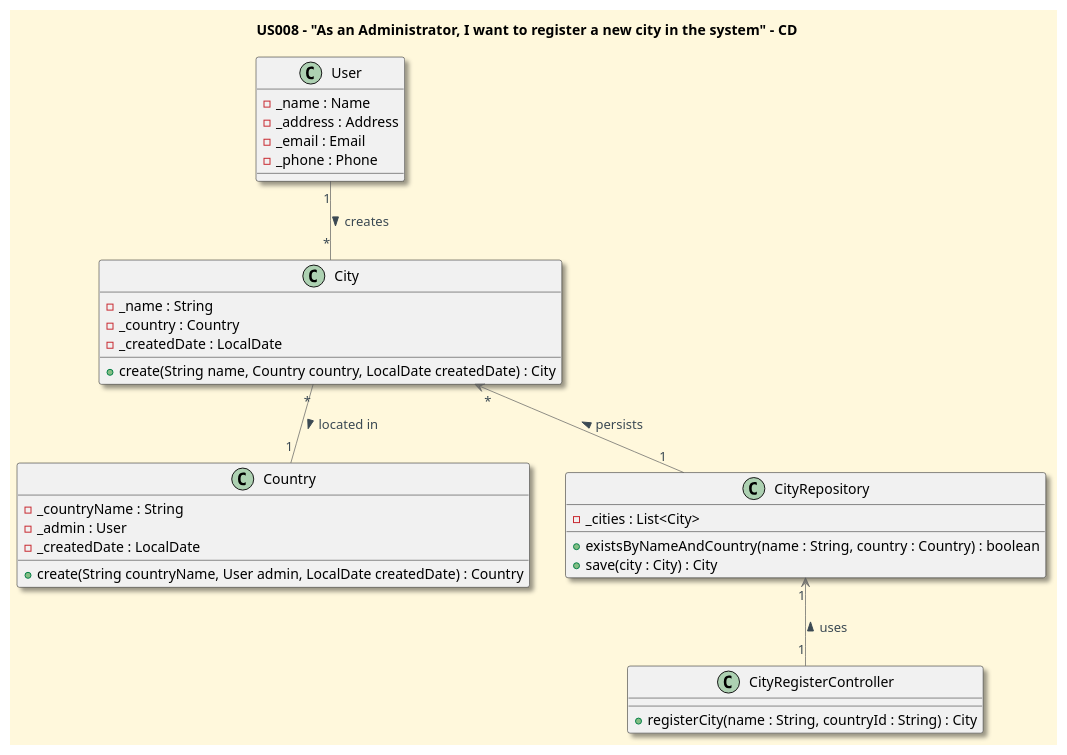
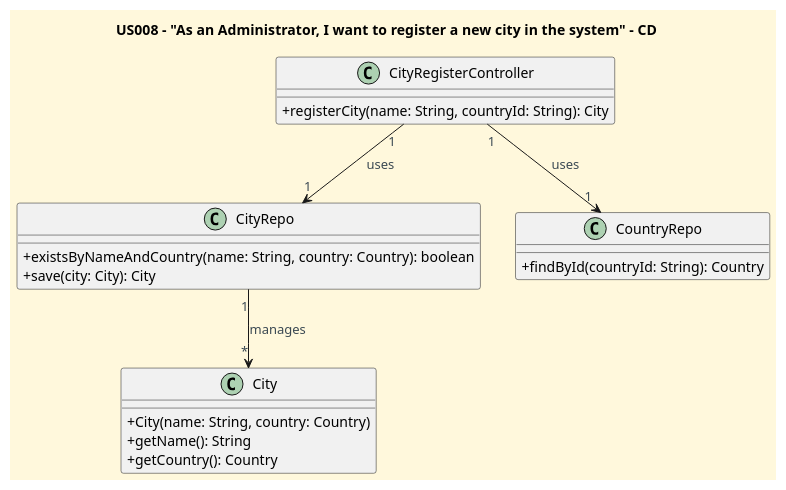
One commit to CarolinaLeite-collab/JavaMarketplacePlatform changed the diagram in docs/userStories/US008/US008_register_a_city_CD.puml. Above: the diagram before and after it, drawn with PlantUML. The commit also changed other lines of this file and 8 other files, not shown here.

```diff
--- a/docs/userStories/US008/US008_register_a_city_CD.puml
+++ b/docs/userStories/US008/US008_register_a_city_CD.puml
@@ -1,54 +1,38 @@
 @startuml
-'==== Title ====
-title US008 - "As an Administrator, I want to register a new city in the system" - CD
-top to bottom direction
+'https://plantuml.com/class-diagram
+title US008 – "As an Administrator, I want to register a new city in the system" – CD
 
 '==== basic style ====
 skinparam monochrome false
-skinparam shadowing true
+skinparam shadowing false
 skinparam defaultFontName Futura
 skinparam objectFontSize 20
 skinparam backgroundColor CornSilk
 skinparam objectBackgroundColor WhiteSmoke
 skinparam noteBackgroundColor #FFFFE0
 skinparam ArrowFontColor #3B4953
-skinparam ArrowColor #57595BAA
+skinparam classAttributeIconSize 0
 
-Class User {
-- _name : Name
-- _address : Address
-- _email : Email
-- _phone : Phone
+class City {
+  + City(name: String, country: Country)
+  + getName(): String
+  + getCountry(): Country
 }
 
-Class Country {
-- _countryName : String
-- _admin : User
-- _createdDate : LocalDate
-+ create(String countryName, User admin, LocalDate createdDate) : Country
+class CityRepo {
+  + existsByNameAndCountry(name: String, country: Country): boolean
+  + save(city: City): City
 }
 
-Class City {
-- _name : String
-- _country : Country
-- _createdDate : LocalDate
-+ create(String name, Country country, LocalDate createdDate) : City
+class CountryRepo {
+  + findById(countryId: String): Country
 }
 
-Class CityRepository {
-- _cities : List<City>
-+ existsByNameAndCountry(name : String, country : Country) : boolean
-+ save(city : City) : City
+class CityRegisterController {
+  + registerCity(name: String, countryId: String): City
 }
 
-Class CityRegisterController {
-+ registerCity(name : String, countryId : String) : City
-}
-
-'==== connections ====
-User "1" -- "*" City: creates >
-City "*" <-- "1" CityRepository: persists <
-CityRepository "1" <-- "1" CityRegisterController: uses <
-City "*" -- "1" Country: located in >
-
+CityRegisterController "1" --> "1" CountryRepo : uses
+CityRegisterController "1" --> "1" CityRepo : uses
+CityRepo "1" --> "*" City : manages
 @enduml
```
